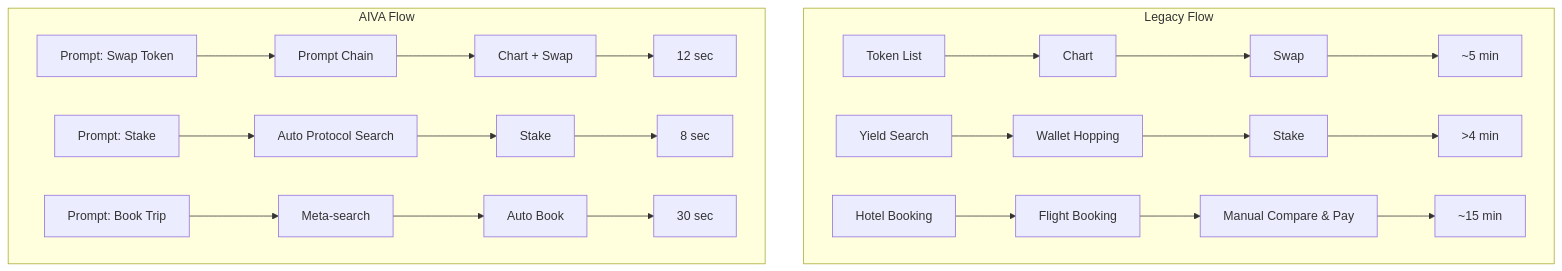
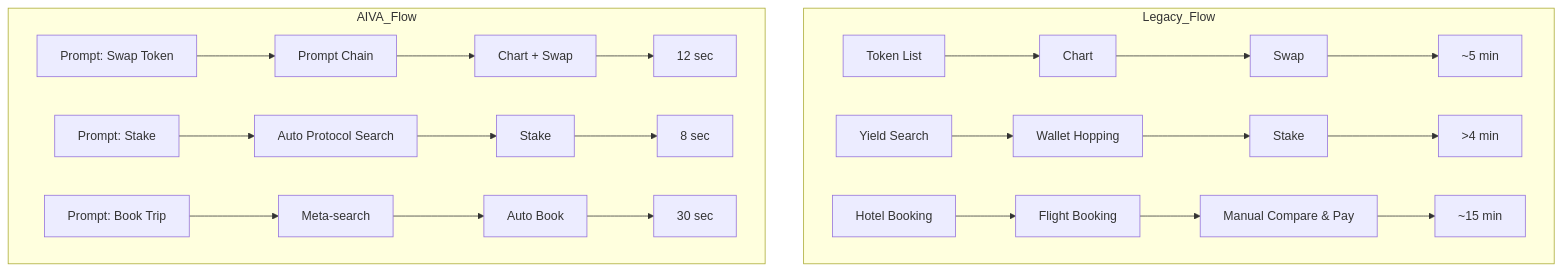
The diagram in investor/benchmark-and-performance.mdx (DcAtlas/docs), drawn with Mermaid before and after one commit. The commit also changed 1 other file, not shown here.

Commit message:
Documentation edits made through Mintlify web editor

````diff
--- a/investor/benchmark-and-performance.mdx
+++ b/investor/benchmark-and-performance.mdx
@@ -30,14 +30,14 @@
 ```mermaid
 flowchart TD
-  subgraph Legacy Flow
+  subgraph Legacy_Flow
     A1[Token List] --> A2[Chart] --> A3[Swap] --> A4[~5 min]
-    B1[Yield Search] --> B2[Wallet Hopping] --> B3[Stake] --> B4[>4 min]
+    B1[Yield Search] --> B2[Wallet Hopping] --> B3[Stake] --> B4["&gt;4 min"]
     C1[Hotel Booking] --> C2[Flight Booking] --> C3[Manual Compare & Pay] --> C4[~15 min]
   end
 
-  subgraph AIVA Flow
+  subgraph AIVA_Flow
     A5[Prompt: Swap Token] --> A6[Prompt Chain] --> A7[Chart + Swap] --> A8[12 sec]
     B5[Prompt: Stake] --> B6[Auto Protocol Search] --> B7[Stake] --> B8[8 sec]
     C5[Prompt: Book Trip] --> C6[Meta-search] --> C7[Auto Book] --> C8[30 sec]
   end
 ```
````
